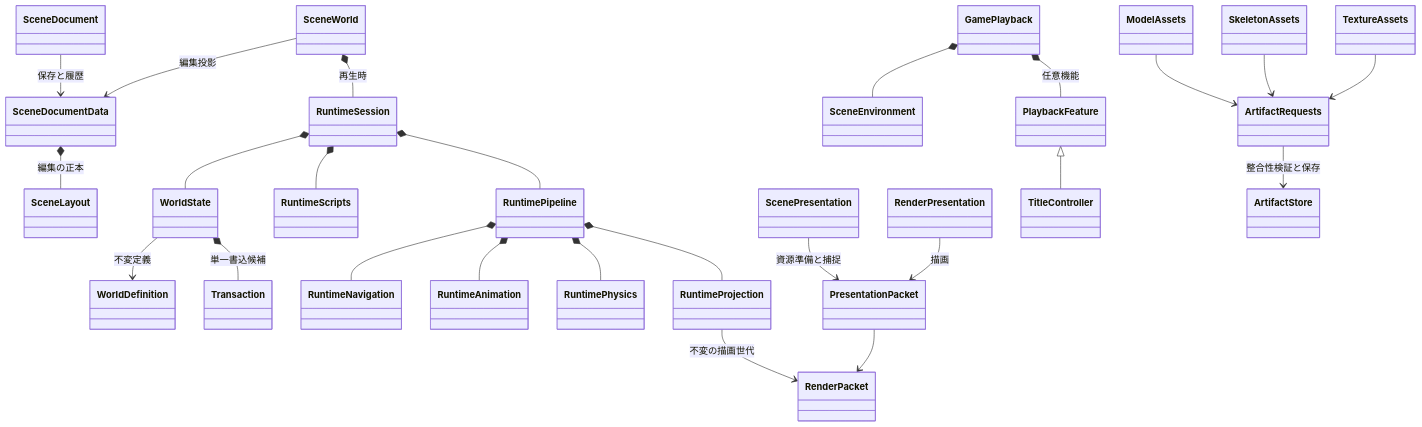
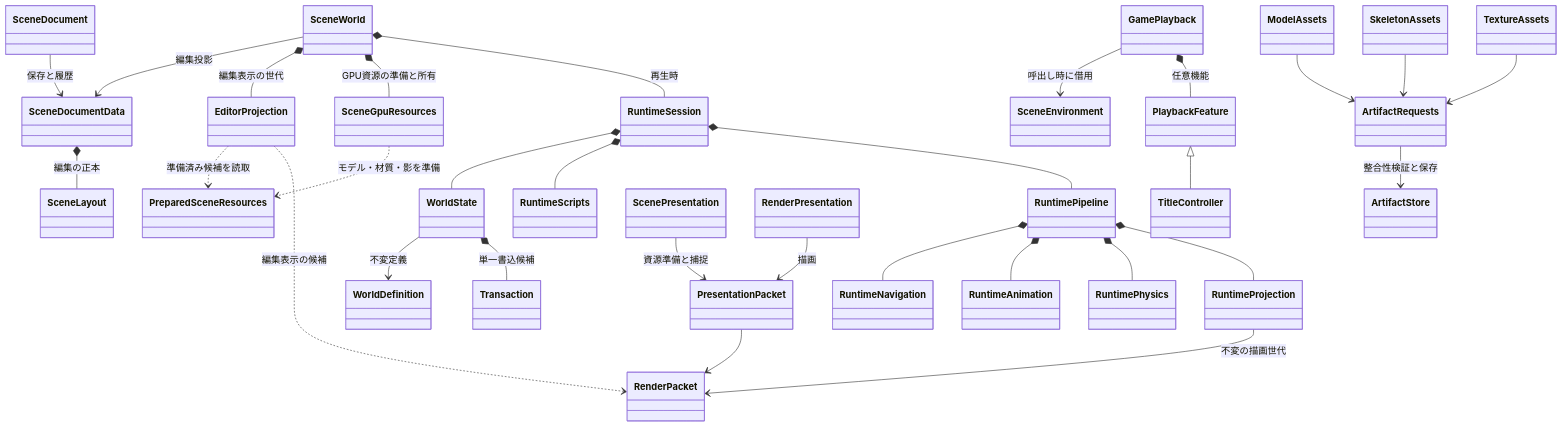
One commit to Sororo0403/GuruttoWorld changed the second of 2 diagrams in docs/EngineArchitecture-2026-10-24.md. Above: the diagram before and after it, drawn with Mermaid. The commit also changed other lines of this file and 14 other files, not shown here.

````diff
--- a/docs/EngineArchitecture-2026-10-24.md
+++ b/docs/EngineArchitecture-2026-10-24.md
@@ -657,27 +657,32 @@
 ```mermaid
 classDiagram
     SceneDocumentData *-- SceneLayout : 編集の正本
     SceneDocument --> SceneDocumentData : 保存と履歴
     SceneWorld --> SceneDocumentData : 編集投影
+    SceneWorld *-- EditorProjection : 編集表示の世代
+    SceneWorld *-- SceneGpuResources : GPU資源の準備と所有
+    EditorProjection ..> PreparedSceneResources : 準備済み候補を読取
+    SceneGpuResources ..> PreparedSceneResources : モデル・材質・影を準備
+    EditorProjection ..> RenderPacket : 編集表示の候補
     SceneWorld *-- RuntimeSession : 再生時
     RuntimeSession *-- WorldState
     WorldState --> WorldDefinition : 不変定義
     WorldState *-- Transaction : 単一書込候補
     RuntimeSession *-- RuntimeScripts
     RuntimeSession *-- RuntimePipeline
     RuntimePipeline *-- RuntimeNavigation
     RuntimePipeline *-- RuntimeAnimation
     RuntimePipeline *-- RuntimePhysics
     RuntimePipeline *-- RuntimeProjection
     RuntimeProjection --> RenderPacket : 不変の描画世代
     ScenePresentation --> PresentationPacket : 資源準備と捕捉
     PresentationPacket --> RenderPacket
     RenderPresentation --> PresentationPacket : 描画
-    GamePlayback *-- SceneEnvironment
+    GamePlayback --> SceneEnvironment : 呼出し時に借用
     GamePlayback *-- PlaybackFeature : 任意機能
     PlaybackFeature <|-- TitleController
     ArtifactRequests --> ArtifactStore : 整合性検証と保存
     ModelAssets --> ArtifactRequests
     SkeletonAssets --> ArtifactRequests
     TextureAssets --> ArtifactRequests
 ```
````
